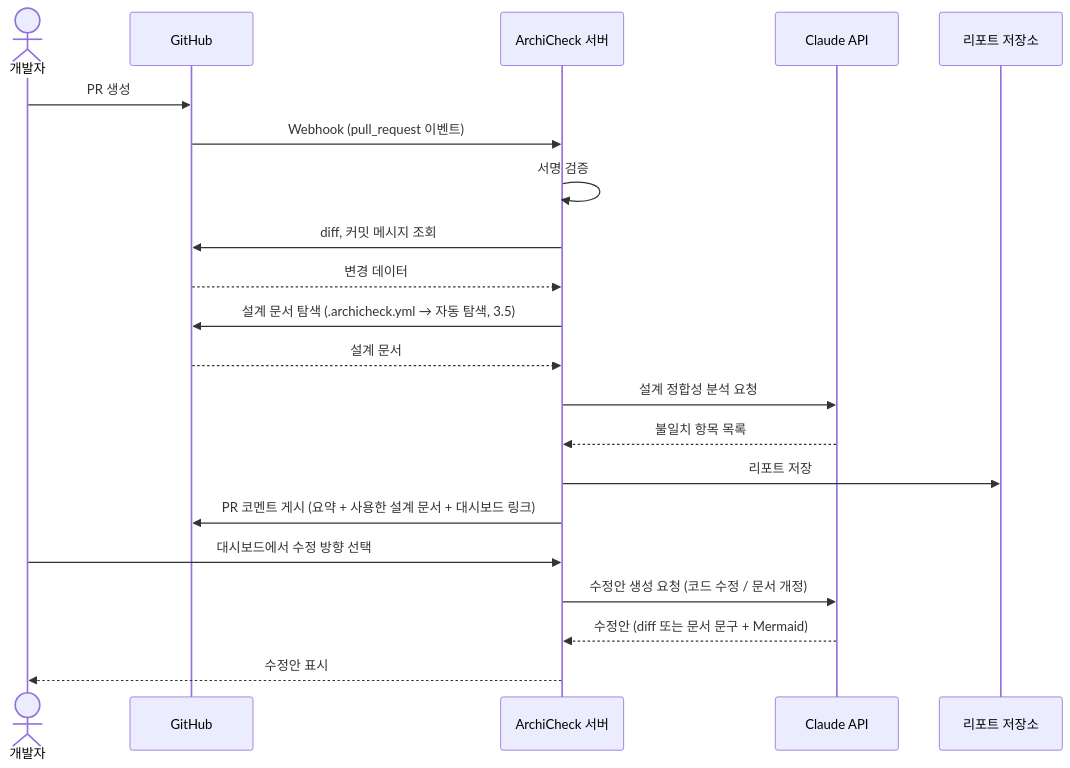
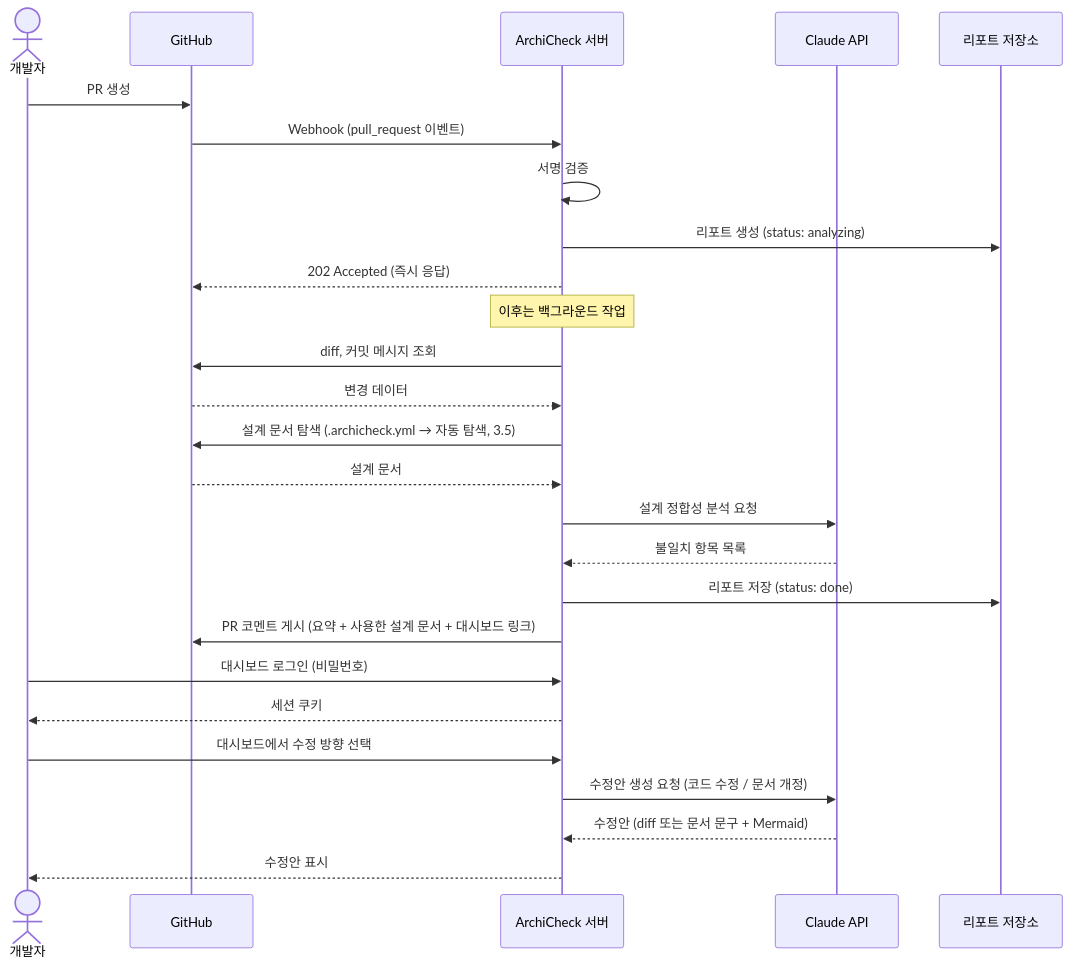
One commit to Jindahye/archicheck changed the third of 4 diagrams in docs/DESIGN.md. Above: the diagram before and after it, drawn with Mermaid. The commit also changed other lines of this file and 5 other files, not shown here.

````diff
--- a/docs/DESIGN.md
+++ b/docs/DESIGN.md
@@ -167,24 +189,29 @@
 ```mermaid
 sequenceDiagram
     actor Dev as 개발자
     participant GH as GitHub
     participant S as ArchiCheck 서버
     participant C as Claude API
     participant DB as 리포트 저장소
 
     Dev->>GH: PR 생성
     GH->>S: Webhook (pull_request 이벤트)
     S->>S: 서명 검증
+    S->>DB: 리포트 생성 (status: analyzing)
+    S-->>GH: 202 Accepted (즉시 응답)
+    Note over S: 이후는 백그라운드 작업
     S->>GH: diff, 커밋 메시지 조회
     GH-->>S: 변경 데이터
     S->>GH: 설계 문서 탐색 (.archicheck.yml → 자동 탐색, 3.5)
     GH-->>S: 설계 문서
     S->>C: 설계 정합성 분석 요청
     C-->>S: 불일치 항목 목록
-    S->>DB: 리포트 저장
+    S->>DB: 리포트 저장 (status: done)
     S->>GH: PR 코멘트 게시 (요약 + 사용한 설계 문서 + 대시보드 링크)
+    Dev->>S: 대시보드 로그인 (비밀번호)
+    S-->>Dev: 세션 쿠키
     Dev->>S: 대시보드에서 수정 방향 선택
     S->>C: 수정안 생성 요청 (코드 수정 / 문서 개정)
     C-->>S: 수정안 (diff 또는 문서 문구 + Mermaid)
     S-->>Dev: 수정안 표시
 ```
````
